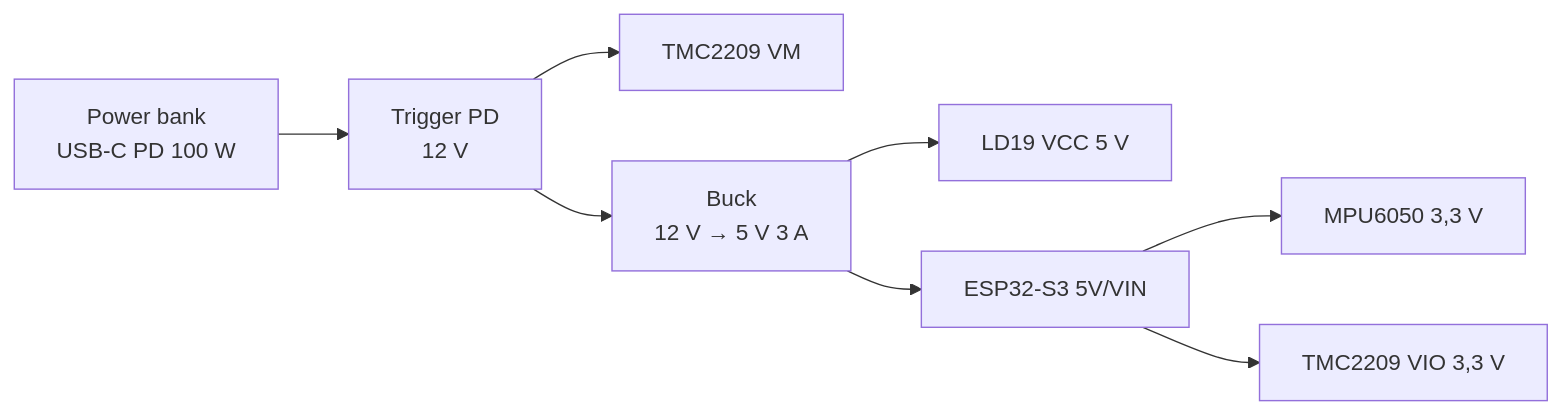
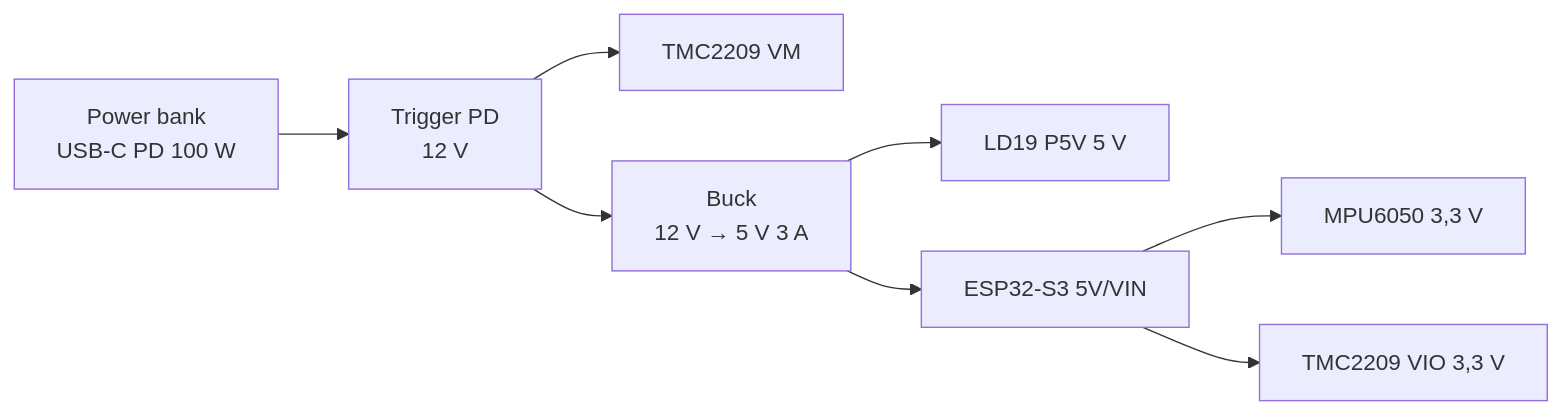
One commit to gloret29/lidar changed the first of 2 diagrams in docs/wiring.md. Above: the diagram before and after it, drawn with Mermaid. The commit also changed other lines of this file and 8 other files, not shown here.

````diff
--- a/docs/wiring.md
+++ b/docs/wiring.md
@@ -44,10 +44,10 @@
 ```mermaid
 flowchart LR
   PB["Power bank<br/>USB-C PD 100 W"] --> TR["Trigger PD<br/>12 V"]
   TR --> TMCV["TMC2209 VM"]
   TR --> BUCK["Buck<br/>12 V → 5 V 3 A"]
-  BUCK --> LD["LD19 VCC 5 V"]
+  BUCK --> LD["LD19 P5V 5 V"]
   BUCK --> ESP["ESP32-S3 5V/VIN"]
   ESP --> MPU["MPU6050 3,3 V"]
   ESP --> VIO["TMC2209 VIO 3,3 V"]
 ```
````
